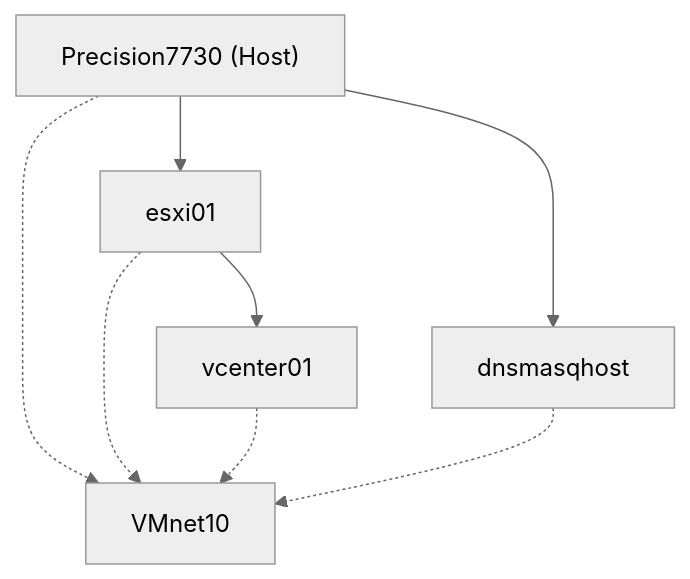
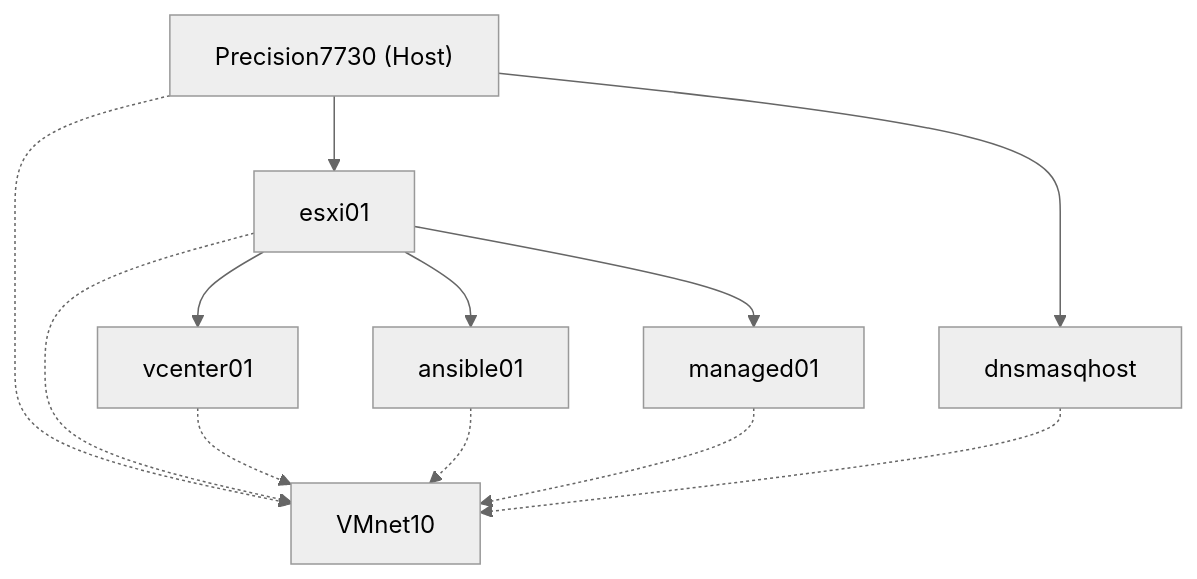
Before and after one commit to isaacsgober/RangeLab: the diagram in Architecture/VM Layout.md, drawn with Mermaid (neutral theme). The commit also changed 1 other file, not shown here.

Commit message:
Record ansible01 and managed01 on esxi01 and VM Layout diagram
esxi01's note still listed only vcenter01 under Hosted Virtual Machines
The VM Layout diagram omitted them.

Devices/esxi01.md: add both nodes to Hosted Virtual Machines and
Related; repoint the file's remaining datastore links
Architecture/VM Layout.md: add both as esxi01 guests on VMnet10

````diff
--- a/Architecture/VM Layout.md
+++ b/Architecture/VM Layout.md
@@ -2,15 +2,19 @@
 ```mermaid
 graph TD
     Host["Precision7730 (Host)"]
 
     Host -.-> VMNet["VMnet10"]
     Host --> ESXi["esxi01"]
     Host --> DNS["dnsmasqhost"]
 
     ESXi -.-> VMNet
     DNS -.-> VMNet
 
     ESXi --> VC["vcenter01"]
+    ESXi --> ANS["ansible01"]
+    ESXi --> MAN["managed01"]
     VC -.-> VMNet
+    ANS -.-> VMNet
+    MAN -.-> VMNet
 
 ```
````
